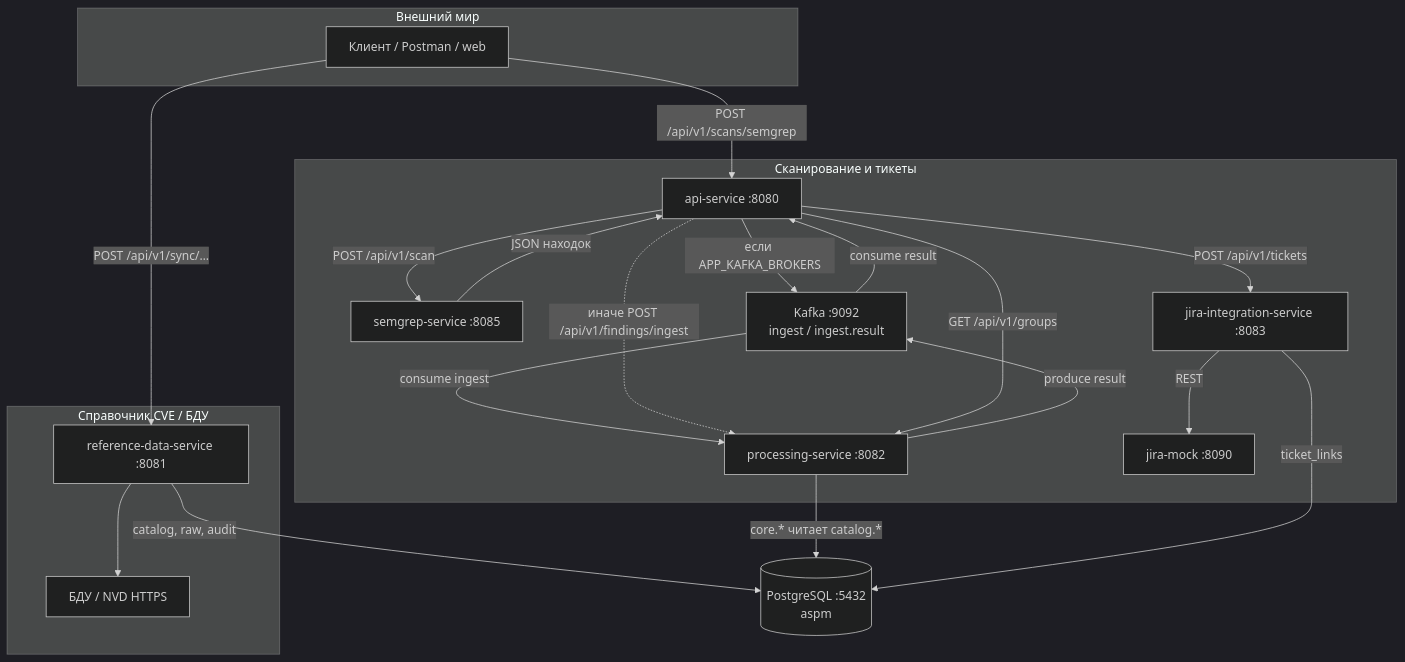
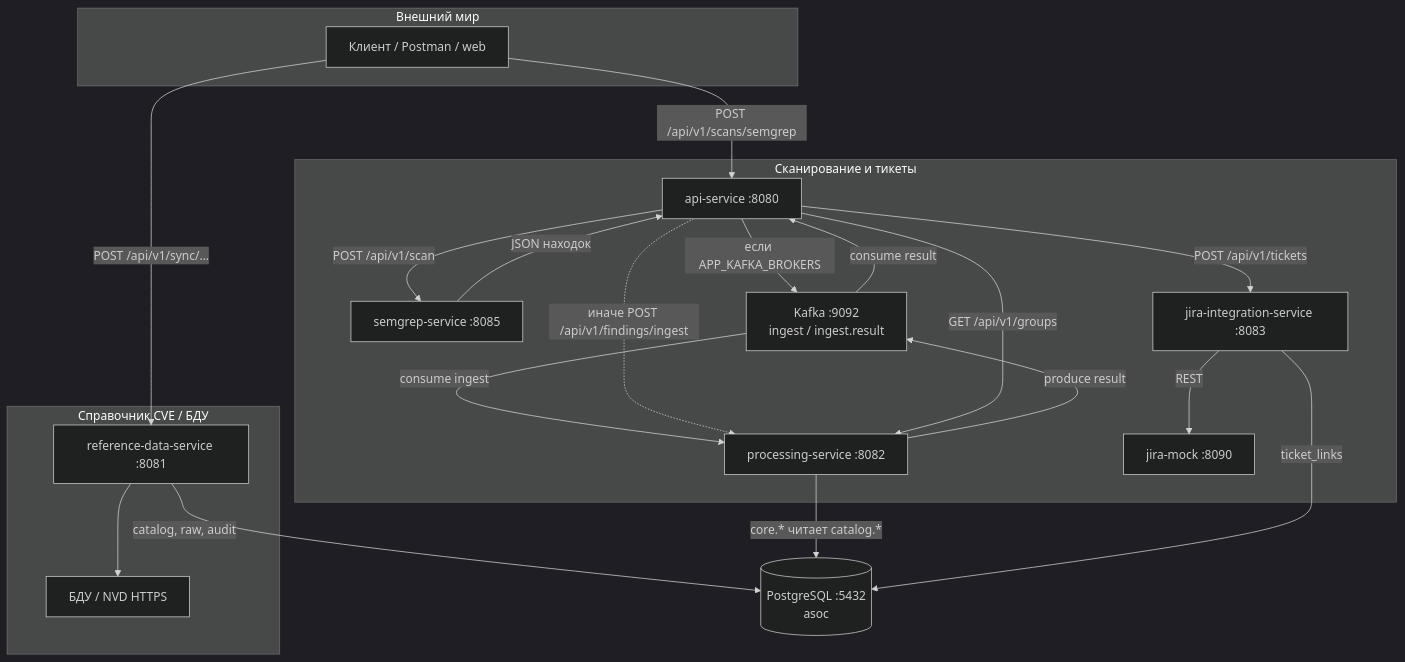
Before and after one commit to tkhananiev/mephi_vkr_asoc: the first of 3 diagrams in docs/ARCHITECTURE.md, drawn with Mermaid (dark theme). The commit also changed other lines of this file and 76 other files, not shown here.

Commit message:
chore: rename project aspm → asoc (module, k8s, docker, db)

````diff
--- a/docs/ARCHITECTURE.md
+++ b/docs/ARCHITECTURE.md
@@ -40,39 +40,39 @@
 ```mermaid
 flowchart TB
   subgraph ext["Внешний мир"]
     U[Клиент / Postman / web]
   end
   subgraph scan["Сканирование и тикеты"]
     API["api-service :8080"]
     SEM["semgrep-service :8085"]
     K["Kafka :9092<br/>ingest / ingest.result"]
     PROC["processing-service :8082"]
     JINT["jira-integration-service :8083"]
     MOCK["jira-mock :8090"]
   end
-  DB[("PostgreSQL :5432<br/>aspm")]
+  DB[("PostgreSQL :5432<br/>asoc")]
   subgraph ref["Справочник CVE / БДУ"]
     REF["reference-data-service :8081"]
     NVD["БДУ / NVD HTTPS"]
   end
 
   U -->|POST /api/v1/scans/semgrep| API
   API -->|POST /api/v1/scan| SEM
   SEM -->|JSON находок| API
 
   API -->|если APP_KAFKA_BROKERS| K
   K -->|consume ingest| PROC
   PROC -->|produce result| K
   K -->|consume result| API
   API -.->|иначе POST /api/v1/findings/ingest| PROC
 
   PROC -->|core.* читает catalog.*| DB
   API -->|GET /api/v1/groups| PROC
   API -->|POST /api/v1/tickets| JINT
   JINT -->|REST| MOCK
   JINT -->|ticket_links| DB
 
   U -->|POST /api/v1/sync/…| REF
   REF --> NVD
   REF -->|catalog, raw, audit| DB
 ```
````
